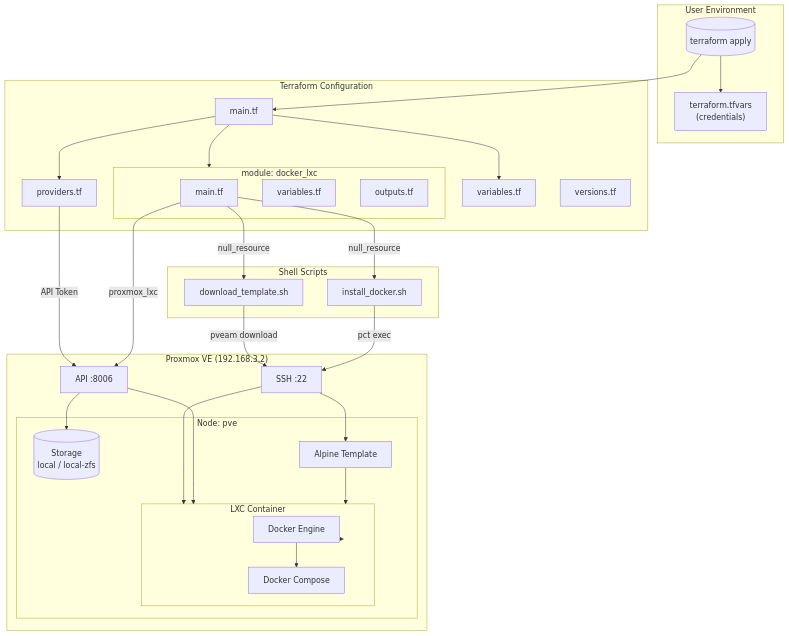
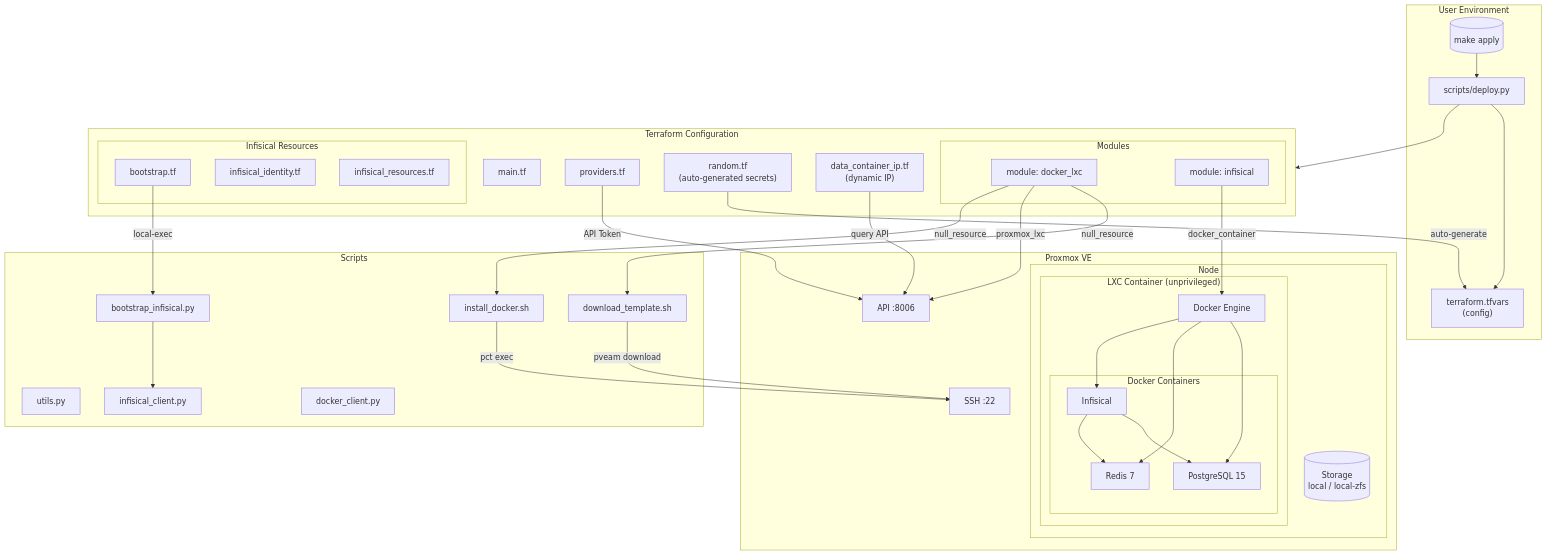
One commit to aroldobossoni/selfhost changed the first of 2 diagrams in docs/ARCHITECTURE.md. Above: the diagram before and after it, drawn with Mermaid. The commit also changed other lines of this file and 4 other files, not shown here.

````diff
--- a/docs/ARCHITECTURE.md
+++ b/docs/ARCHITECTURE.md
@@ -5,64 +5,82 @@
 ```mermaid
 flowchart TB
     subgraph User["User Environment"]
-        TF[("terraform apply")]
-        TFVARS["terraform.tfvars<br/>(credentials)"]
+        MAKE[("make apply")]
+        TFVARS["terraform.tfvars<br/>(config)"]
+        DEPLOY["scripts/deploy.py"]
     end
 
     subgraph Terraform["Terraform Configuration"]
         MAIN["main.tf"]
         PROVIDERS["providers.tf"]
-        VARS["variables.tf"]
-        VERSIONS["versions.tf"]
+        RANDOM["random.tf<br/>(auto-generated secrets)"]
+        DATA_IP["data_container_ip.tf<br/>(dynamic IP)"]
         
-        subgraph Module["module: docker_lxc"]
-            M_MAIN["main.tf"]
-            M_VARS["variables.tf"]
-            M_OUT["outputs.tf"]
+        subgraph Modules["Modules"]
+            M_DOCKER["module: docker_lxc"]
+            M_INFISICAL["module: infisical"]
+        end
+        
+        subgraph Infisical_TF["Infisical Resources"]
+            BOOTSTRAP["bootstrap.tf"]
+            IDENTITY["infisical_identity.tf"]
+            RESOURCES["infisical_resources.tf"]
         end
     end
 
-    subgraph Scripts["Shell Scripts"]
+    subgraph Scripts["Scripts"]
+        BOOTSTRAP_PY["bootstrap_infisical.py"]
+        UTILS["utils.py"]
+        INFISICAL_CLIENT["infisical_client.py"]
+        DOCKER_CLIENT["docker_client.py"]
         DL_SCRIPT["download_template.sh"]
         INST_SCRIPT["install_docker.sh"]
     end
 
-    subgraph Proxmox["Proxmox VE (192.168.3.2)"]
+    subgraph Proxmox["Proxmox VE"]
         API["API :8006"]
         SSH["SSH :22"]
         
-        subgraph Node["Node: pve"]
+        subgraph Node["Node"]
             STORAGE[("Storage<br/>local / local-zfs")]
-            TEMPLATE["Alpine Template"]
             
-            subgraph LXC["LXC Container"]
+            subgraph LXC["LXC Container (unprivileged)"]
                 DOCKER["Docker Engine"]
-                COMPOSE["Docker Compose"]
+                
+                subgraph Containers["Docker Containers"]
+                    POSTGRES["PostgreSQL 15"]
+                    REDIS["Redis 7"]
+                    INF["Infisical"]
+                end
             end
         end
     end
 
-    TF --> TFVARS
-    TF --> MAIN
-    MAIN --> PROVIDERS
-    MAIN --> VARS
-    MAIN --> Module
+    MAKE --> DEPLOY
+    DEPLOY --> TFVARS
+    DEPLOY --> Terraform
+    
+    RANDOM -->|"auto-generate"| TFVARS
+    DATA_IP -->|"query API"| API
     
     PROVIDERS -->|"API Token"| API
     
-    M_MAIN -->|"null_resource"| DL_SCRIPT
-    M_MAIN -->|"proxmox_lxc"| API
-    M_MAIN -->|"null_resource"| INST_SCRIPT
+    M_DOCKER -->|"null_resource"| DL_SCRIPT
+    M_DOCKER -->|"proxmox_lxc"| API
+    M_DOCKER -->|"null_resource"| INST_SCRIPT
+    
+    M_INFISICAL -->|"docker_container"| DOCKER
+    
+    BOOTSTRAP -->|"local-exec"| BOOTSTRAP_PY
+    BOOTSTRAP_PY --> INFISICAL_CLIENT
     
     DL_SCRIPT -->|"pveam download"| SSH
     INST_SCRIPT -->|"pct exec"| SSH
     
-    SSH --> TEMPLATE
-    SSH --> LXC
-    API --> STORAGE
-    API --> LXC
+    DOCKER --> POSTGRES
+    DOCKER --> REDIS
+    DOCKER --> INF
     
-    TEMPLATE --> LXC
-    LXC --> DOCKER
-    DOCKER --> COMPOSE
+    INF --> POSTGRES
+    INF --> REDIS
 ```
````
